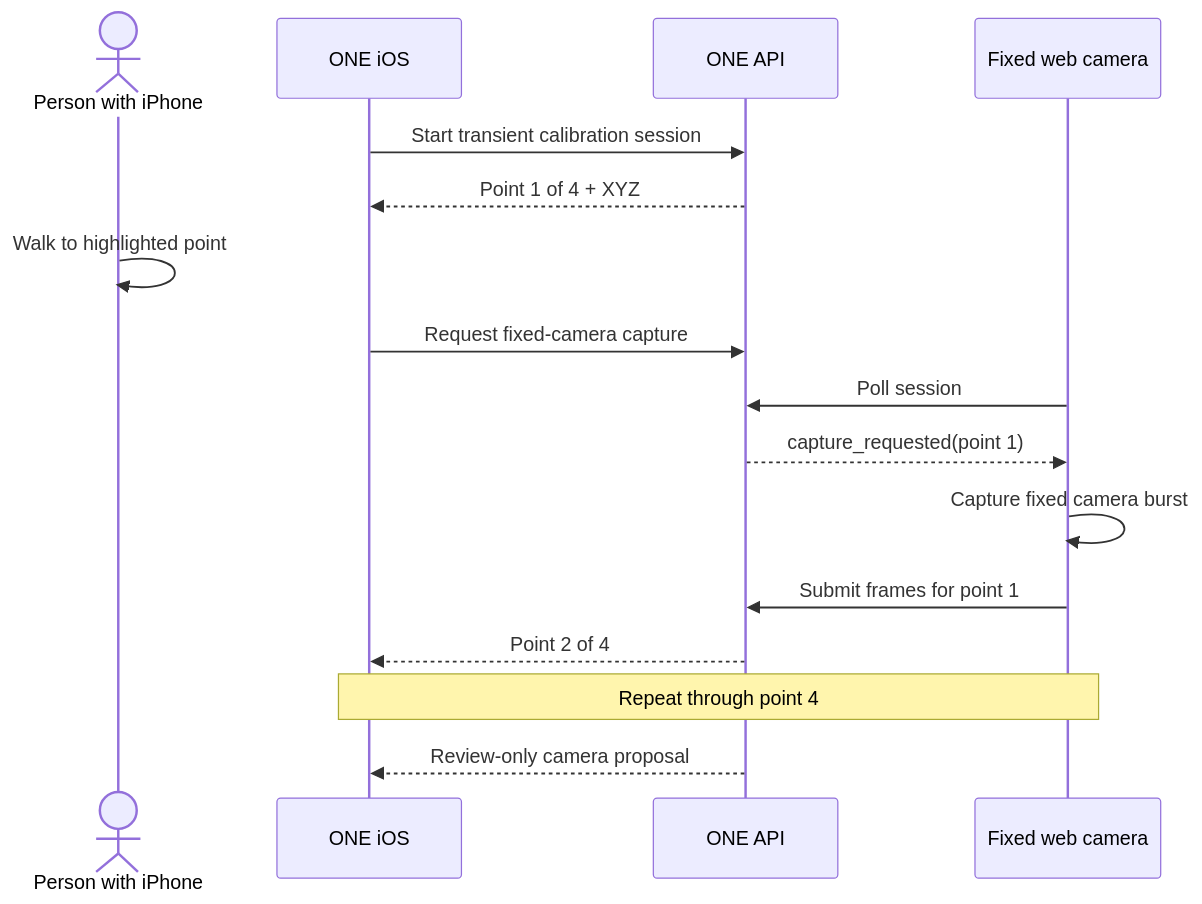
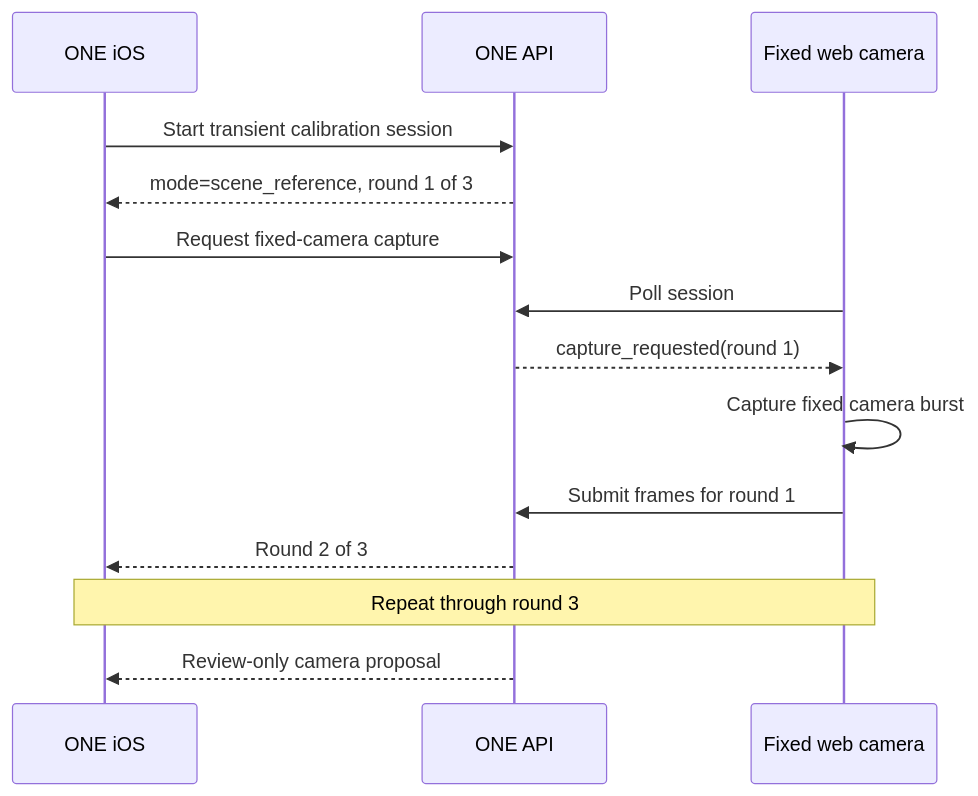
The sixth of 13 diagrams in pages/architecture/lidar-mapping-visual-guide.md (0xbiel/one-docs), drawn with Mermaid before and after one commit. The commit also changed other lines of this file and 6 other files, not shown here.

````diff
--- a/pages/architecture/lidar-mapping-visual-guide.md
+++ b/pages/architecture/lidar-mapping-visual-guide.md
@@ -181,19 +185,17 @@
 ```mermaid
 sequenceDiagram
-    actor P as Person with iPhone
     participant I as ONE iOS
     participant A as ONE API
     participant W as Fixed web camera
 
     I->>A: Start transient calibration session
-    A-->>I: Point 1 of 4 + XYZ
-    P->>P: Walk to highlighted point
+    A-->>I: mode=scene_reference, round 1 of 3
     I->>A: Request fixed-camera capture
     W->>A: Poll session
-    A-->>W: capture_requested(point 1)
+    A-->>W: capture_requested(round 1)
     W->>W: Capture fixed camera burst
-    W->>A: Submit frames for point 1
-    A-->>I: Point 2 of 4
-    Note over I,W: Repeat through point 4
+    W->>A: Submit frames for round 1
+    A-->>I: Round 2 of 3
+    Note over I,W: Repeat through round 3
     A-->>I: Review-only camera proposal
 ```
````
